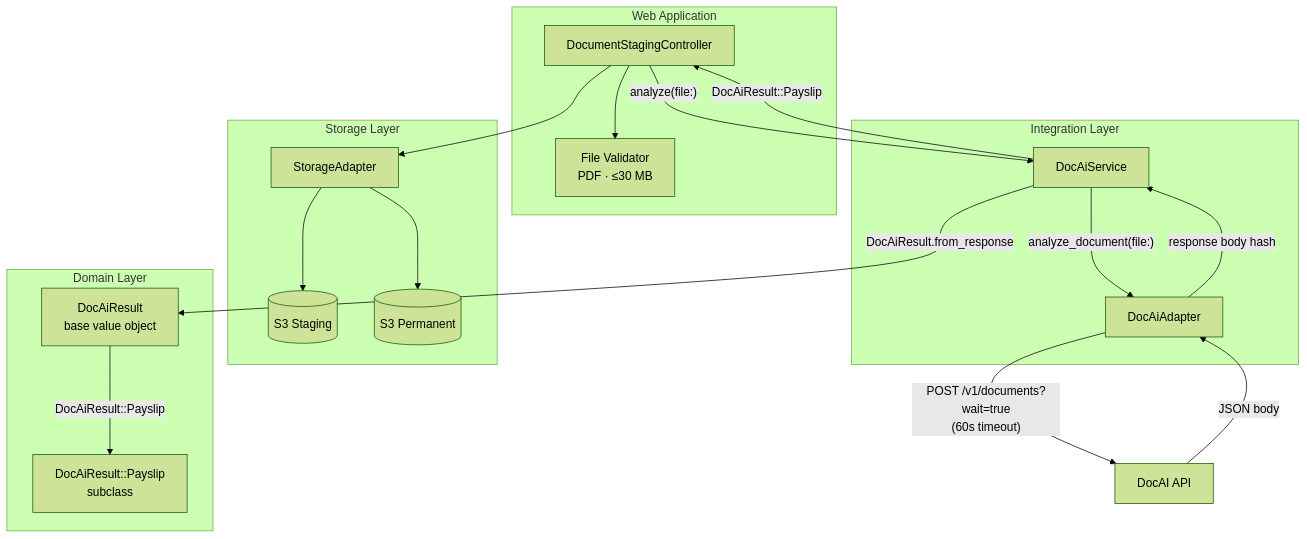
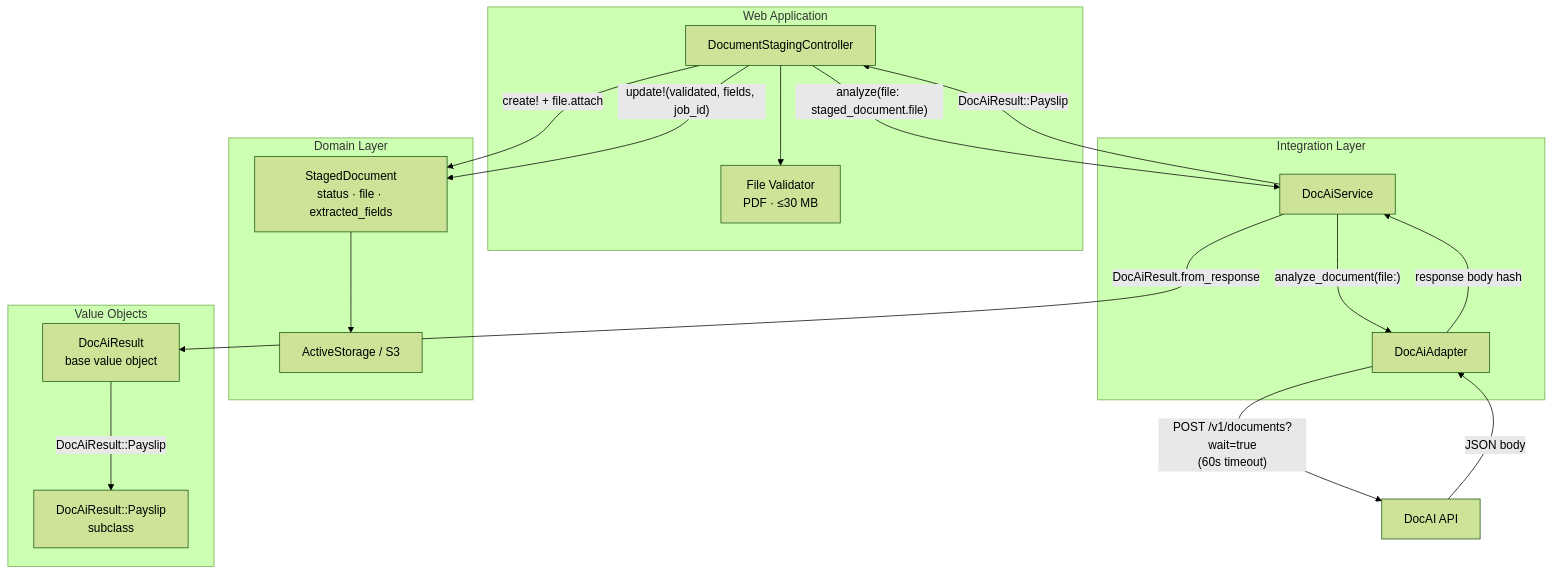
One commit to navapbc/oscer changed the seventh of 7 diagrams in docs/architecture/doc-ai-integration/doc-ai-api.md. Above: the diagram before and after it, drawn with Mermaid (forest theme). The commit also changed other lines of this file, not shown here.

Commit message:
Update to use Rails model and controller for staging documents

````diff
--- a/docs/architecture/doc-ai-integration/doc-ai-api.md
+++ b/docs/architecture/doc-ai-integration/doc-ai-api.md
@@ -258,36 +264,35 @@
 ```mermaid
 flowchart TB
     subgraph web [Web Application]
         Controller[DocumentStagingController]
         Validator[File Validator\nPDF · ≤30 MB]
     end
 
-    subgraph storage [Storage Layer]
-        StorageAdapter[StorageAdapter]
-        S3Staging[(S3 Staging)]
-        S3Perm[(S3 Permanent)]
+    subgraph domain [Domain Layer]
+        StagedDoc[StagedDocument\nstatus · file · extracted_fields]
+        AS[ActiveStorage / S3]
     end
 
     subgraph integration [Integration Layer]
         Service[DocAiService]
         Adapter[DocAiAdapter]
     end
 
-    subgraph domain [Domain Layer]
+    subgraph results [Value Objects]
         Result[DocAiResult\nbase value object]
         Payslip[DocAiResult::Payslip\nsubclass]
     end
 
     Controller --> Validator
-    Controller --> StorageAdapter
-    StorageAdapter --> S3Staging
-    StorageAdapter --> S3Perm
-    Controller -->|"analyze(file:)"| Service
+    Controller -->|"create! + file.attach"| StagedDoc
+    StagedDoc --> AS
+    Controller -->|"analyze(file: staged_document.file)"| Service
     Service -->|"analyze_document(file:)"| Adapter
     Adapter -->|"POST /v1/documents?wait=true\n(60s timeout)"| DocAI[DocAI API]
     DocAI -->|"JSON body"| Adapter
     Adapter -->|"response body hash"| Service
     Service -->|"DocAiResult.from_response"| Result
     Result -->|"DocAiResult::Payslip"| Payslip
     Service -->|"DocAiResult::Payslip"| Controller
+    Controller -->|"update!(validated, fields, job_id)"| StagedDoc
 ```
````
